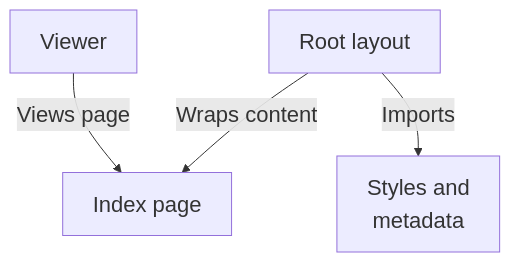
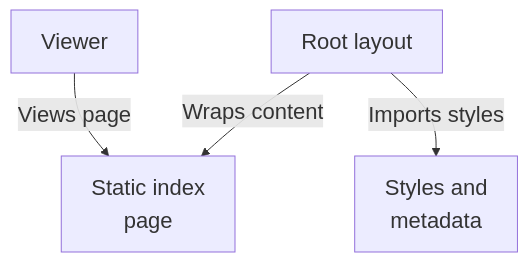
The diagram in maps/frontend/diagram-02.mmd (Justin-Mendoza/Afterclass), drawn with Mermaid before and after one commit. The commit also changed 83 other files, not shown here.

```diff
--- a/maps/frontend/diagram-02.mmd
+++ b/maps/frontend/diagram-02.mmd
@@ -1,9 +1,9 @@
 %%{init: {"themeVariables": {"fontSize": "22px"}}}%%
 flowchart TD
   n0["Viewer"]
   n1["Root layout"]
-  n2["Index page"]
+  n2["Static index<br/>page"]
   n3["Styles and<br/>metadata"]
+  n1 -->|"Imports styles"| n3
+  n1 -->|"Wraps content"| n2
   n0 -->|"Views page"| n2
-  n1 -->|"Wraps content"| n2
-  n1 -->|"Imports"| n3
```
